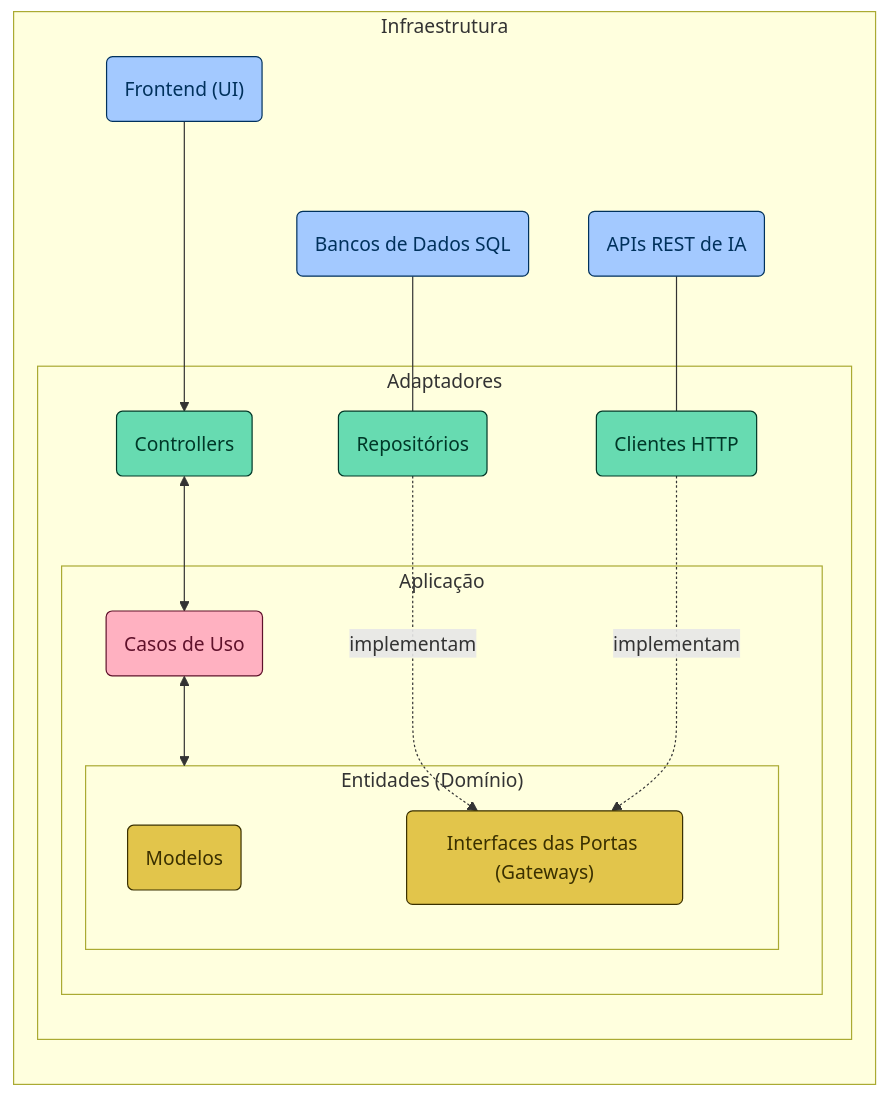
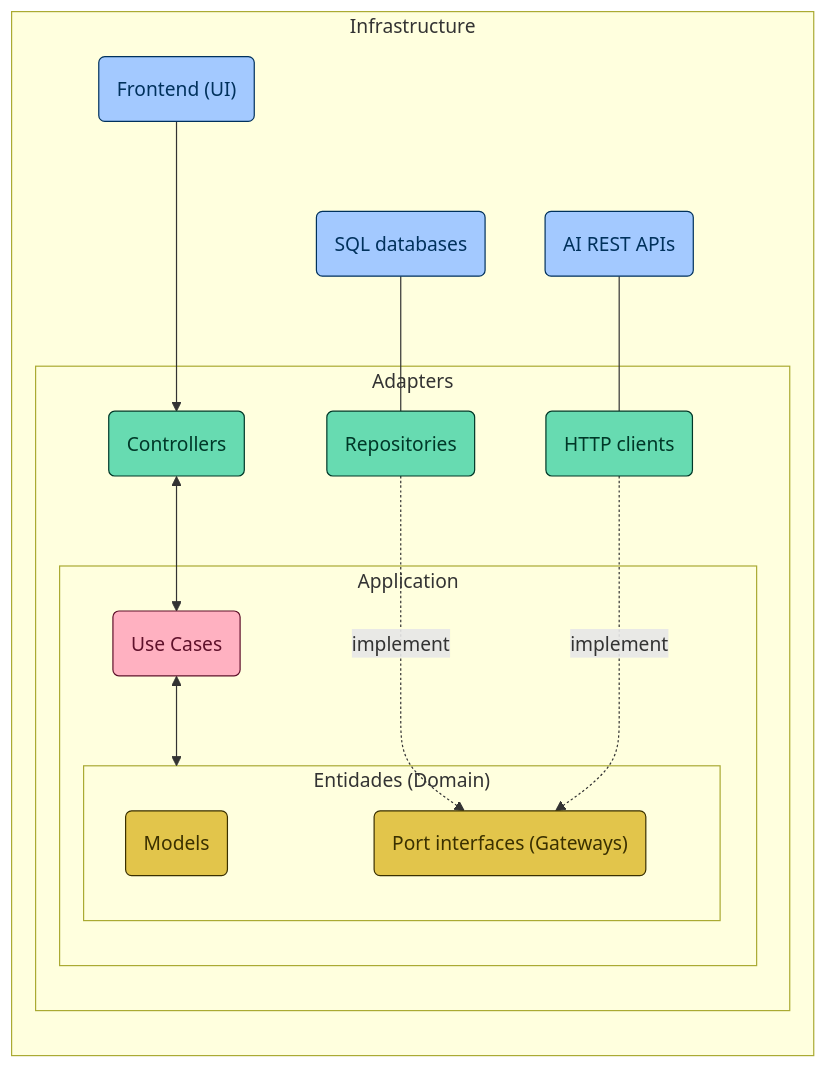
The diagram in README.md (Gabriel2893/REST-API-with-AI), drawn with Mermaid before and after one commit. The commit also changed other lines of this file, not shown here.

````diff
--- a/README.md
+++ b/README.md
@@ -18,30 +18,30 @@
 ```mermaid
 graph RL;
-  subgraph layer-infra[Infraestrutura];
+  subgraph layer-infra[Infrastructure];
     UI("Frontend (UI)") ---> Controller
-    subgraph layer-adpaters[Adaptadores];
+    subgraph layer-adpaters[Adapters];
       Controller("Controllers") <--> UC
-      subgraph layer-app[Aplicação];
-        UC(Casos de Uso) <--> layer-entities
-        subgraph layer-entities["Entidades (Domínio)"];
-          Model("Modelos")
-          IPort("Interfaces das Portas (Gateways)")
+      subgraph layer-app[Application];
+        UC(Use Cases) <--> layer-entities
+        subgraph layer-entities["Entidades (Domain)"];
+          Model("Models")
+          IPort("Port interfaces (Gateways)")
         end
      end
-     Repo("Repositórios") -..-> |implementam| IPort
-     HTTP("Clientes HTTP") -..-> |implementam| IPort
+     Repo("Repositories") -..-> |implement| IPort
+     HTTP("HTTP clients") -..-> |implement| IPort
     end
-    BD("Bancos de Dados SQL") --- Repo
-    EXT("APIs REST de IA") --- HTTP
+    BD("SQL databases") --- Repo
+    EXT("AI REST APIs") --- HTTP
   end
 
 classDef infra fill:#a3c9ff,stroke:#00315c,color:#00315c;
 classDef adapters fill:#67dbb1,stroke:#003828,color:#003828;
 classDef ucs fill:#ffb1c1,stroke:#5f112b,color:#5f112b;
 classDef entities fill:#e2c54b,stroke:#3a3000,color:#3a3000;
 
 class BD,EXT,UI infra;
 class Controller,Repo,HTTP adapters;
 class UC ucs;
 class Model,IPort entities;
 ```
````
